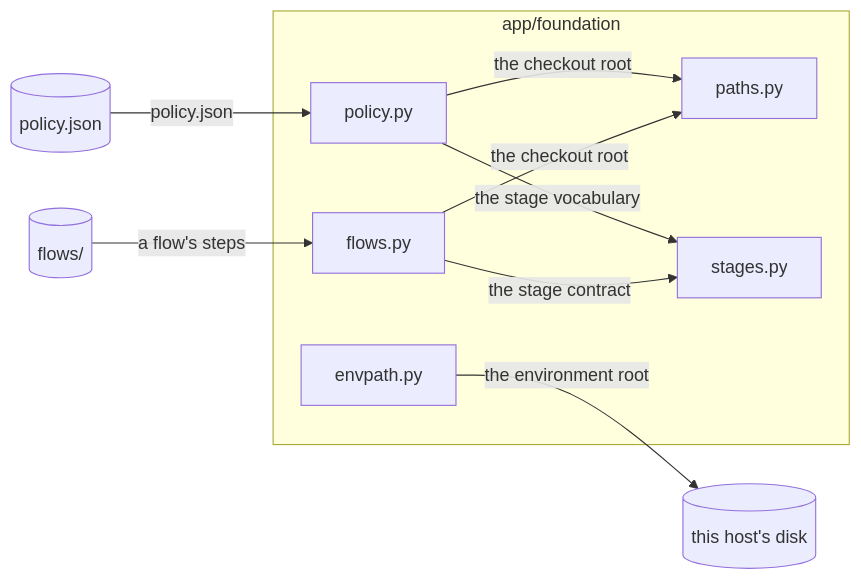
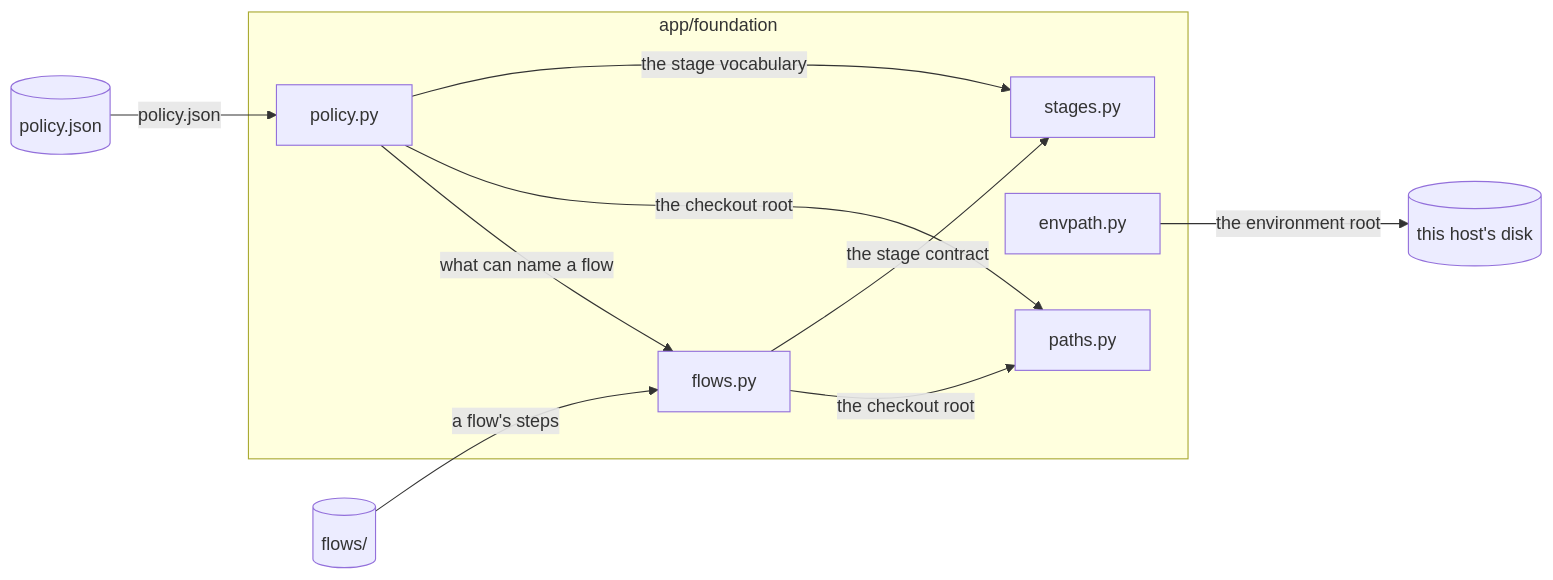
One commit to 6r0m/orchestra changed the diagram in app/foundation/docs/architecture/diagrams/main.md. Above: the diagram before and after it, drawn with Mermaid. The commit also changed 14 other files, not shown here.

First line of the commit message:
Refined flow validation and naming rules

````diff
--- a/app/foundation/docs/architecture/diagrams/main.md
+++ b/app/foundation/docs/architecture/diagrams/main.md
@@ -5,20 +5,21 @@
 ```mermaid
 flowchart LR
     subgraph pkg["app/foundation"]
         paths["paths.py"]
         envpath["envpath.py"]
         policy["policy.py"]
         stages["stages.py"]
         flows["flows.py"]
     end
     repos_ext[("policy.json")]
     flows_ext[("flows/")]
     hostfs[("this host's disk")]
     policy -->|"the stage vocabulary"| stages
     policy -->|"the checkout root"| paths
+    policy -->|"what can name a flow"| flows
     repos_ext -->|"policy.json"| policy
     flows -->|"the stage contract"| stages
     flows -->|"the checkout root"| paths
     flows_ext -->|"a flow's steps"| flows
     envpath -->|"the environment root"| hostfs
 ```
````
